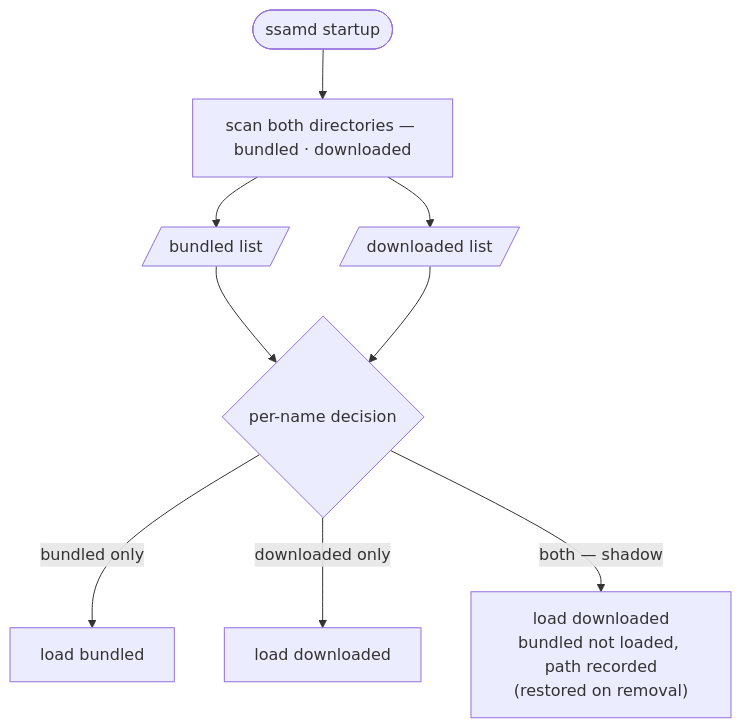
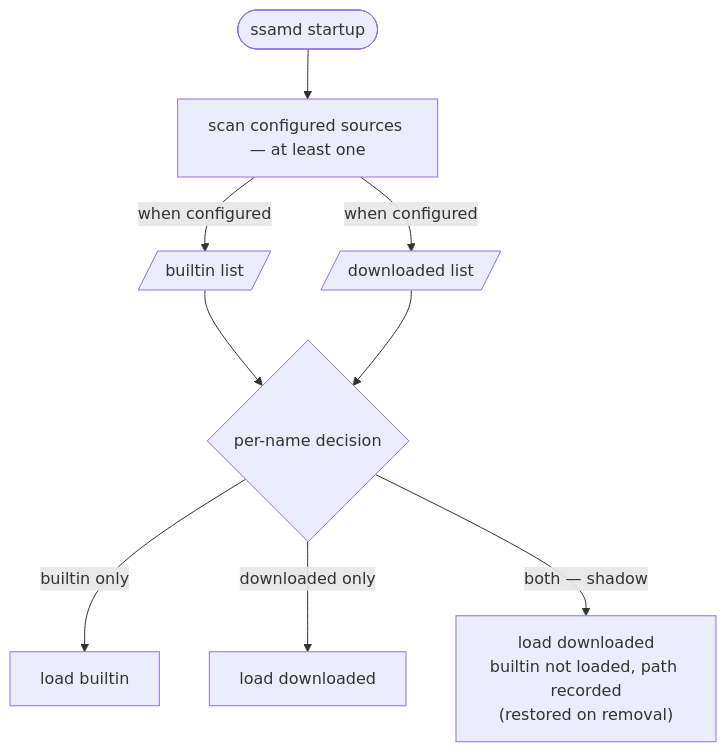
Before and after one commit to mobis-oss/ssam: the first of 2 diagrams in docs/architecture/package-management.md, drawn with Mermaid. The commit also changed other lines of this file and 46 other files, not shown here.

````diff
--- a/docs/architecture/package-management.md
+++ b/docs/architecture/package-management.md
@@ -25,11 +29,11 @@
 ```mermaid
 flowchart TB
-  START(["ssamd startup"]) --> SCAN["scan both directories — bundled · downloaded"]
-  SCAN --> BD[/"bundled list"/]
-  SCAN --> DL[/"downloaded list"/]
+  START(["ssamd startup"]) --> SCAN["scan configured sources — at least one"]
+  SCAN -->|"when configured"| BD[/"builtin list"/]
+  SCAN -->|"when configured"| DL[/"downloaded list"/]
   BD --> DEC{"per-name decision"}
   DL --> DEC
-  DEC -->|"bundled only"| L1["load bundled"]
+  DEC -->|"builtin only"| L1["load builtin"]
   DEC -->|"downloaded only"| L2["load downloaded"]
-  DEC -->|"both — shadow"| L3["load downloaded<br/>bundled not loaded, path recorded<br/>(restored on removal)"]
+  DEC -->|"both — shadow"| L3["load downloaded<br/>builtin not loaded, path recorded<br/>(restored on removal)"]
 ```
````
